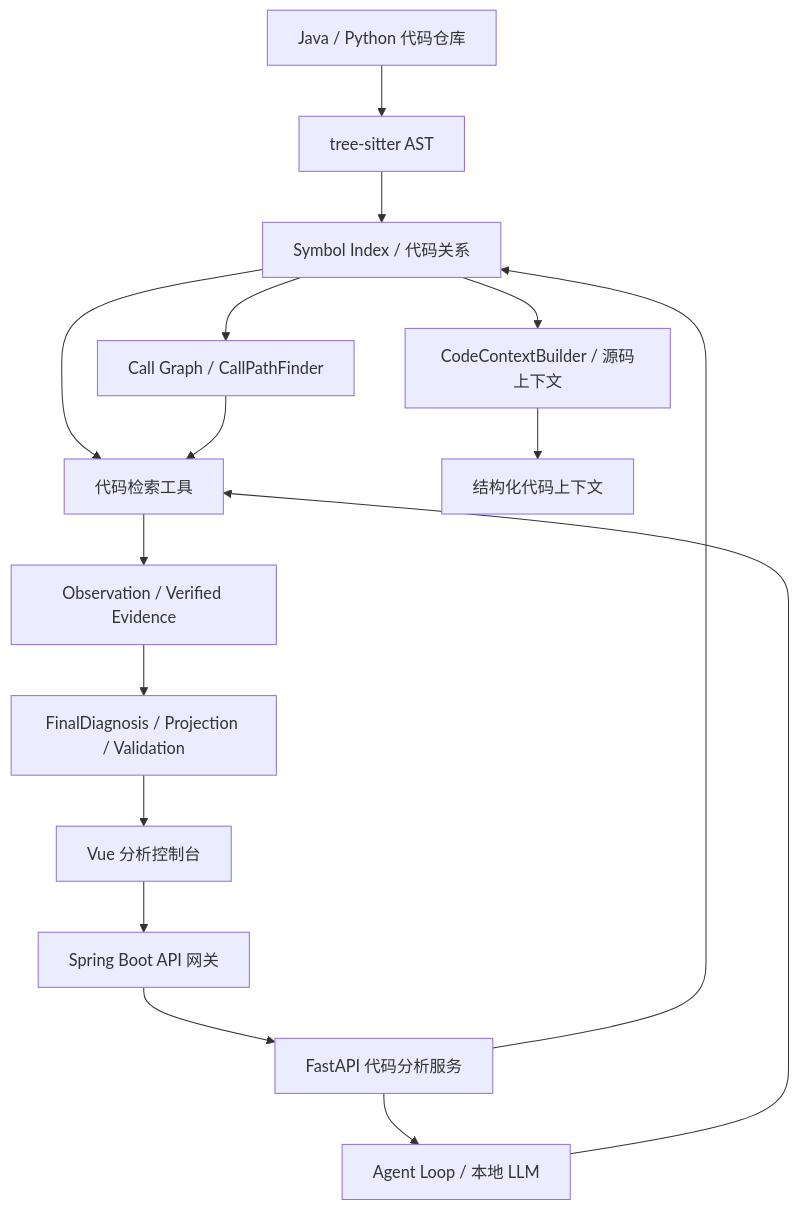
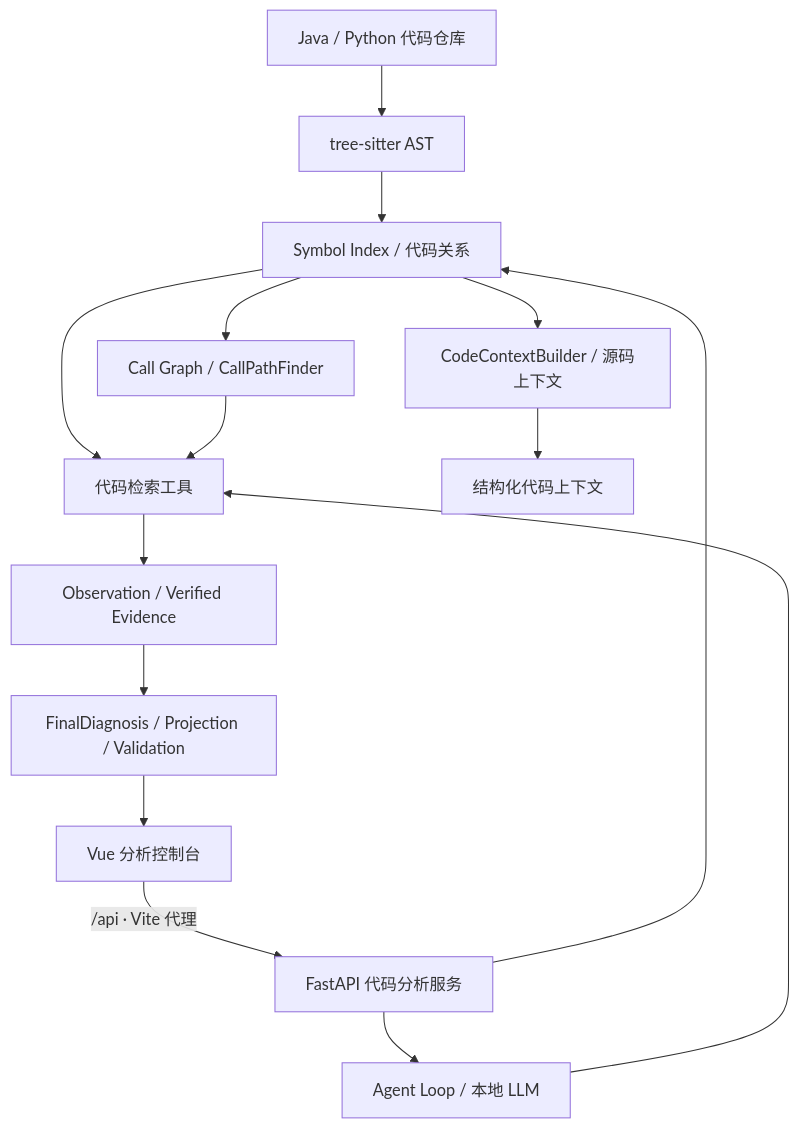
Before and after one commit to sgm66666-ux/RepoMind: the diagram in README.md, drawn with Mermaid. The commit also changed other lines of this file and 34 other files, not shown here.

Commit message:
refactor: remove redundant Spring Boot gateway

```diff
--- a/README.md
+++ b/README.md
@@ -13,18 +13,17 @@
 ~~~mermaid
 flowchart TD
     R["Java / Python 代码仓库"] --> A["tree-sitter AST"]
     A --> S["Symbol Index / 代码关系"]
     S --> G["Call Graph / CallPathFinder"]
     S --> C["CodeContextBuilder / 源码上下文"]
     S --> T["代码检索工具"]
     G --> T
     C --> K["结构化代码上下文"]
-    U["Vue 分析控制台"] --> J["Spring Boot API 网关"]
-    J --> F["FastAPI 代码分析服务"]
+    U["Vue 分析控制台"] -->|"/api · Vite 代理"| F["FastAPI 代码分析服务"]
     F --> S
     F --> L["Agent Loop / 本地 LLM"]
     L --> T
     T --> O["Observation / Verified Evidence"]
     O --> D["FinalDiagnosis / Projection / Validation"]
     D --> U
 ~~~
```
